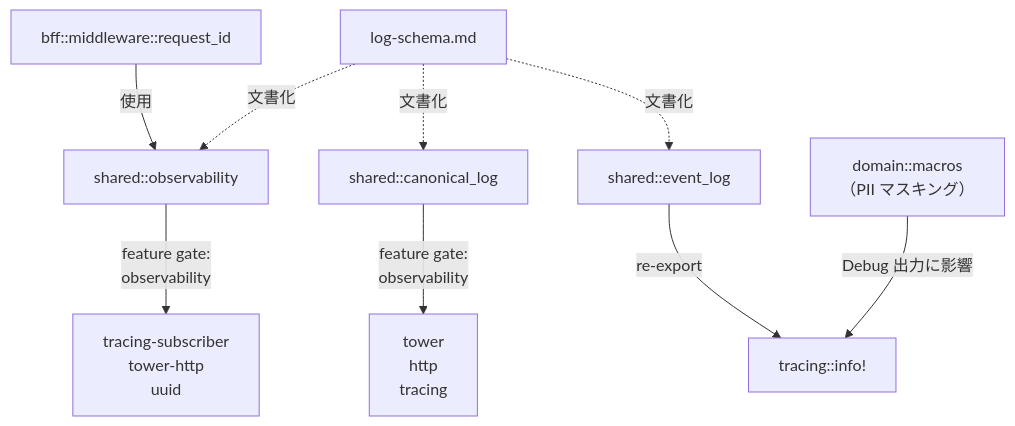
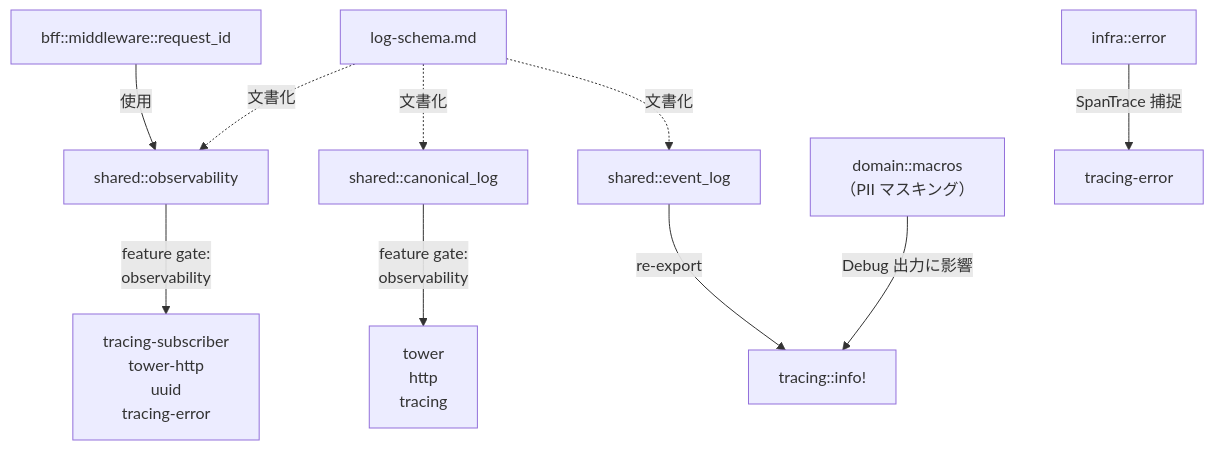
One commit to ka2kama/ringiflow changed the eighth of 8 diagrams in docs/03_詳細設計書/14_Observability設計.md. Above: the diagram before and after it, drawn with Mermaid. The commit also changed other lines of this file and 42 other files, not shown here.

First line of the commit message:
#972 Introduce SpanTrace for error types (#974)

````diff
--- a/docs/03_詳細設計書/14_Observability設計.md
+++ b/docs/03_詳細設計書/14_Observability設計.md
@@ -760,18 +873,20 @@
 ```mermaid
 flowchart TB
     Obs["shared::observability"]
     Canon["shared::canonical_log"]
     Evt["shared::event_log"]
+    InfraErr["infra::error"]
     Macros["domain::macros<br/>（PII マスキング）"]
     ReqId["bff::middleware::request_id"]
     Schema["log-schema.md"]
 
-    Obs -->|"feature gate:<br/>observability"| Subscriber["tracing-subscriber<br/>tower-http<br/>uuid"]
+    Obs -->|"feature gate:<br/>observability"| Subscriber["tracing-subscriber<br/>tower-http<br/>uuid<br/>tracing-error"]
     Canon -->|"feature gate:<br/>observability"| Tower["tower<br/>http<br/>tracing"]
     Evt -->|"re-export"| Tracing["tracing::info!"]
+    InfraErr -->|"SpanTrace 捕捉"| TracingError["tracing-error"]
     ReqId -->|"使用"| Obs
     Schema -.->|"文書化"| Obs
     Schema -.->|"文書化"| Canon
     Schema -.->|"文書化"| Evt
     Macros -->|"Debug 出力に影響"| Tracing
 ```
````
